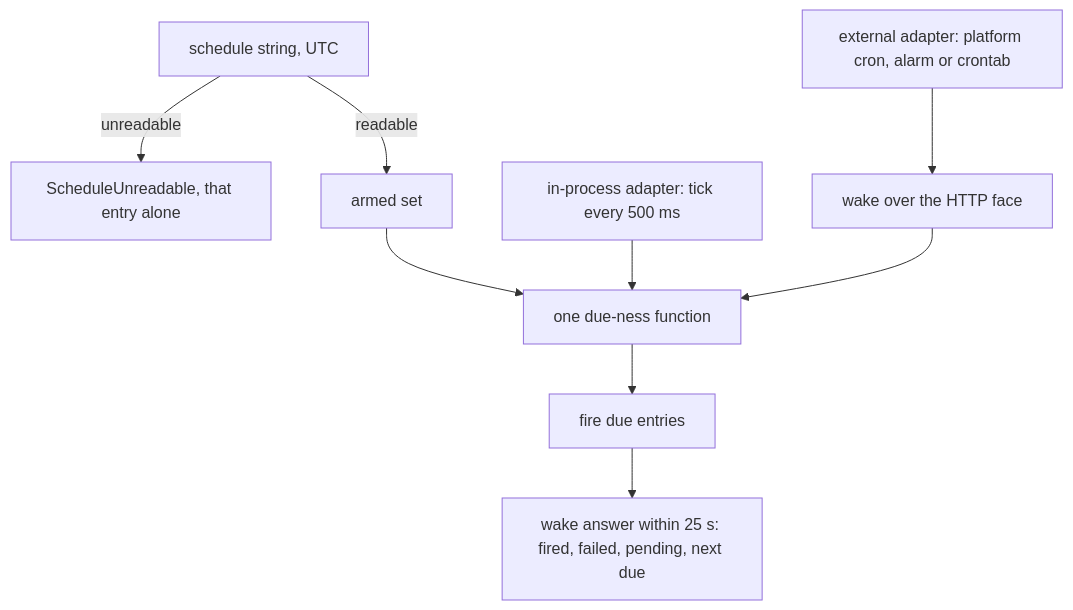
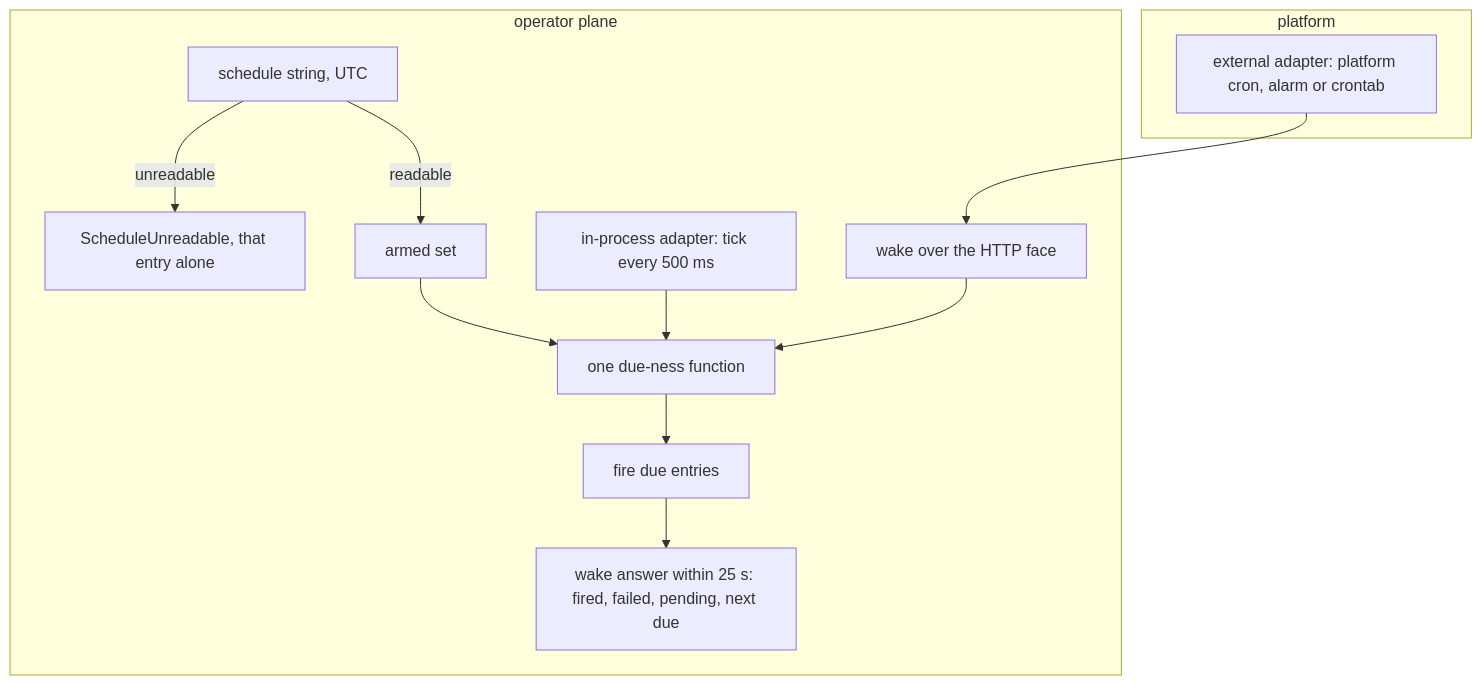
The second of 5 diagrams in spec/70-control-plane.md (fractalboxdev/contextful), drawn with Mermaid before and after one commit. The commit also changed other lines of this file and 33 other files, not shown here.

Commit message:
spec: diagrams draw contracts, parties and trust zones as containers; a node standing for one is refused

````diff
--- a/spec/70-control-plane.md
+++ b/spec/70-control-plane.md
@@ -55,11 +67,16 @@
 ```mermaid
 flowchart TD
-  SCH["schedule string, UTC"] -- "unreadable" --> E1["ScheduleUnreadable, that entry alone"]
-  SCH -- "readable" --> SET["armed set"]
-  IP["in-process adapter: tick every 500 ms"] --> DUE["one due-ness function"]
-  EXT["external adapter: platform cron, alarm or crontab"] --> WAKE["wake over the HTTP face"]
-  WAKE --> DUE
-  SET --> DUE
-  DUE --> FIRE["fire due entries"]
-  FIRE --> ANS["wake answer within 25 s: fired, failed, pending, next due"]
+  subgraph platform["platform"]
+    EXT["external adapter: platform cron, alarm or crontab"]
+  end
+  subgraph plane["operator plane"]
+    SCH["schedule string, UTC"] -- "unreadable" --> E1["ScheduleUnreadable, that entry alone"]
+    SCH -- "readable" --> SET["armed set"]
+    IP["in-process adapter: tick every 500 ms"] --> DUE["one due-ness function"]
+    WAKE["wake over the HTTP face"] --> DUE
+    SET --> DUE
+    DUE --> FIRE["fire due entries"]
+    FIRE --> ANS["wake answer within 25 s: fired, failed, pending, next due"]
+  end
+  EXT --> WAKE
 ```
````
